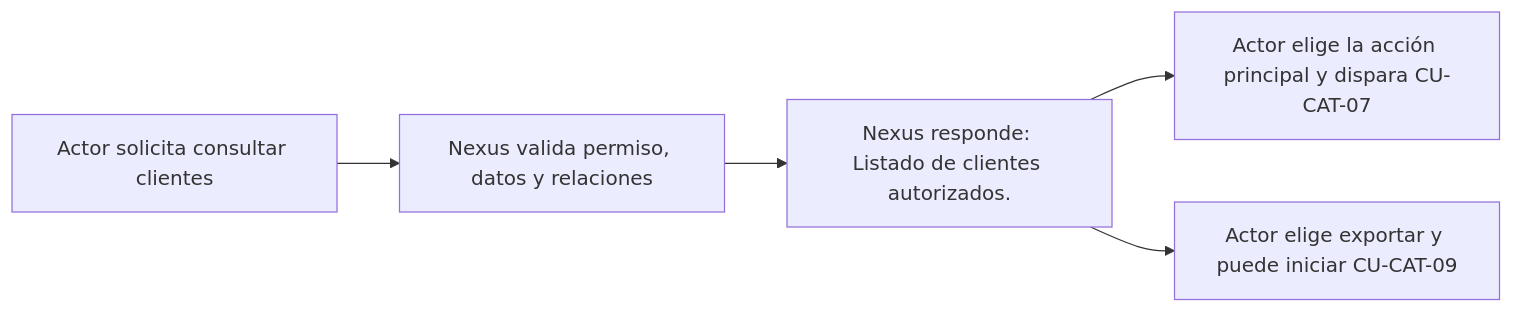
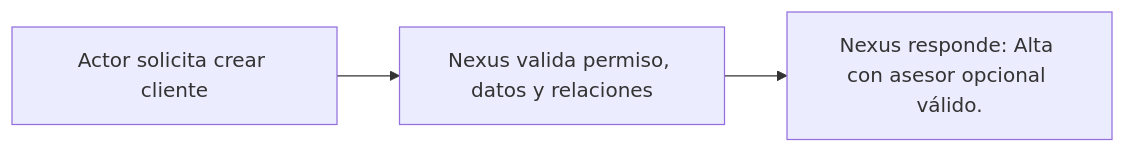
Before and after one commit to gpgsistemas01/nexus: the diagram in docs/requirements/diagrams/catalogs/cu-cat-06.md, drawn with Mermaid. The commit also changed other lines of this file and 167 other files, not shown here.

````diff
--- a/docs/requirements/diagrams/catalogs/cu-cat-06.md
+++ b/docs/requirements/diagrams/catalogs/cu-cat-06.md
@@ -3,7 +3,5 @@
 ```mermaid
 flowchart LR
-    request["Actor solicita consultar clientes"] --> validate["Nexus valida permiso, datos y relaciones"]
-    validate --> result["Nexus responde: Listado de clientes autorizados."]
-    result --> primary["Actor elige la acción principal y dispara CU-CAT-07"]
-    result --> report["Actor elige exportar y puede iniciar CU-CAT-09"]
+    request["Actor solicita crear cliente"] --> validate["Nexus valida permiso, datos y relaciones"]
+    validate --> result["Nexus responde: Alta con asesor opcional válido."]
 ```
````
